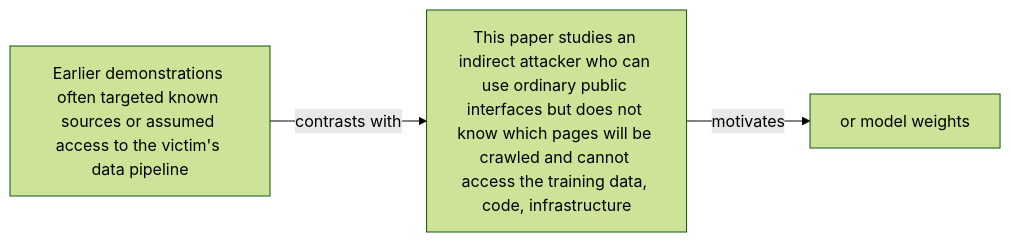
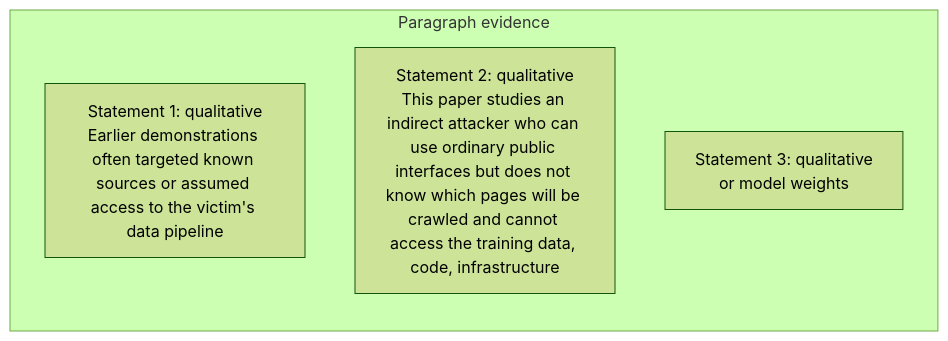
One commit to Betancourt1/paper_atlas changed the fourth of 48 diagrams in docs/visual-manifests/VISUAL_MANIFEST_COMPUTATIONAL_PROPAGANDA.md. Above: the diagram before and after it, drawn with Mermaid (forest theme). The commit also changed other lines of this file and 7 other files, not shown here.

````diff
--- a/docs/visual-manifests/VISUAL_MANIFEST_COMPUTATIONAL_PROPAGANDA.md
+++ b/docs/visual-manifests/VISUAL_MANIFEST_COMPUTATIONAL_PROPAGANDA.md
@@ -304,8 +298,8 @@
 ```mermaid
 flowchart LR
-  n1["Earlier demonstrations often targeted known sources or assumed access to the victim's data pipeline"]
-  n2["This paper studies an indirect attacker who can use ordinary public interfaces but does not know which pages will be crawled and cannot access the training data, code, infrastructure"]
-  n3["or model weights"]
-  n1 -->|"contrasts with"| n2
-  n2 -->|"motivates"| n3
+  subgraph p1["Paragraph evidence"]
+    p1r1["Statement 1: qualitative<br/>Earlier demonstrations often targeted known sources or assumed access to the victim's data pipeline"]
+    p1r2["Statement 2: qualitative<br/>This paper studies an indirect attacker who can use ordinary public interfaces but does not know which pages will be crawled and cannot access the training data, code, infrastructure"]
+    p1r3["Statement 3: qualitative<br/>or model weights"]
+  end
 ```
````
